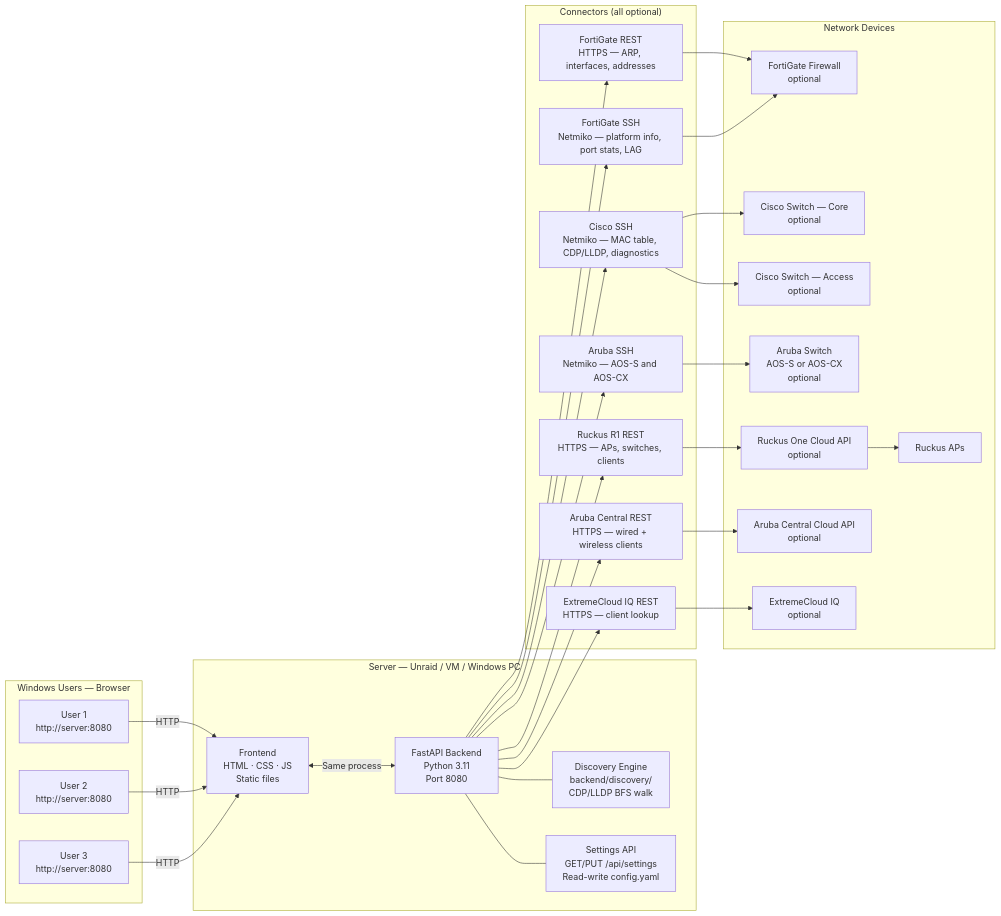
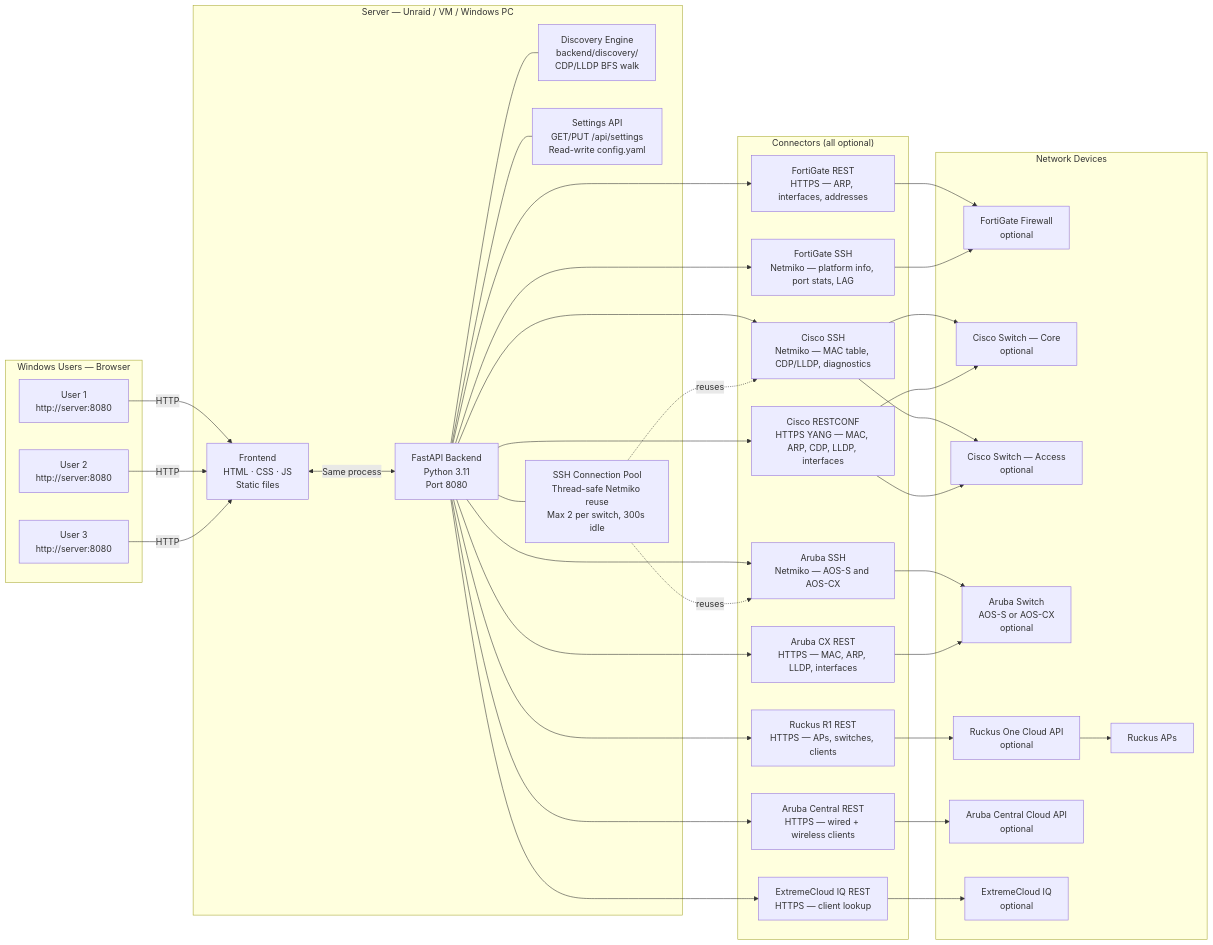
Before and after one commit to ivillagomez/netinspect: the second of 3 diagrams in README.md, drawn with Mermaid. The commit also changed other lines of this file and 7 other files, not shown here.

````diff
--- a/README.md
+++ b/README.md
@@ -113,47 +122,53 @@
 ```mermaid
 flowchart LR
     subgraph Users["Windows Users — Browser"]
         U1[User 1\nhttp://server:8080]
         U2[User 2\nhttp://server:8080]
         U3[User 3\nhttp://server:8080]
     end
 
     subgraph Server["Server — Unraid / VM / Windows PC"]
         FE[Frontend\nHTML · CSS · JS\nStatic files]
         API[FastAPI Backend\nPython 3.11\nPort 8080]
         DISC[Discovery Engine\nbackend/discovery/\nCDP/LLDP BFS walk]
         SAPI[Settings API\nGET/PUT /api/settings\nRead-write config.yaml]
+        POOL[SSH Connection Pool\nThread-safe Netmiko reuse\nMax 2 per switch, 300s idle]
         FE <-->|Same process| API
         API --- DISC
         API --- SAPI
+        API --- POOL
     end
 
     subgraph Connectors["Connectors (all optional)"]
         FGC[FortiGate REST\nHTTPS — ARP, interfaces, addresses]
         FGSSH[FortiGate SSH\nNetmiko — platform info, port stats, LAG]
         CISCO[Cisco SSH\nNetmiko — MAC table, CDP/LLDP, diagnostics]
+        CISCORC[Cisco RESTCONF\nHTTPS YANG — MAC, ARP, CDP, LLDP, interfaces]
         ARUBA[Aruba SSH\nNetmiko — AOS-S and AOS-CX]
+        ARUBARC[Aruba CX REST\nHTTPS — MAC, ARP, LLDP, interfaces]
         R1C[Ruckus R1 REST\nHTTPS — APs, switches, clients]
         AC[Aruba Central REST\nHTTPS — wired + wireless clients]
         XIQ[ExtremeCloud IQ REST\nHTTPS — client lookup]
     end
 
     subgraph Network["Network Devices"]
         FG[FortiGate Firewall\noptional]
         SW1[Cisco Switch — Core\noptional]
         SW2[Cisco Switch — Access\noptional]
         ARSW[Aruba Switch\nAOS-S or AOS-CX\noptional]
         R1[Ruckus One Cloud API\noptional]
         APS[Ruckus APs]
         ACN[Aruba Central Cloud API\noptional]
         XIQN[ExtremeCloud IQ\noptional]
     end
 
     U1 & U2 & U3 -->|HTTP| FE
     API --> FGC & FGSSH --> FG
-    API --> CISCO --> SW1 & SW2
-    API --> ARUBA --> ARSW
+    API --> CISCO & CISCORC --> SW1 & SW2
+    API --> ARUBA & ARUBARC --> ARSW
     API --> R1C --> R1 --> APS
     API --> AC --> ACN
     API --> XIQ --> XIQN
+    POOL -.->|reuses| CISCO
+    POOL -.->|reuses| ARUBA
 ```
````
